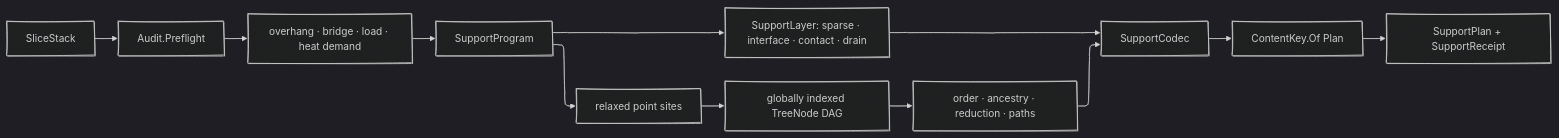
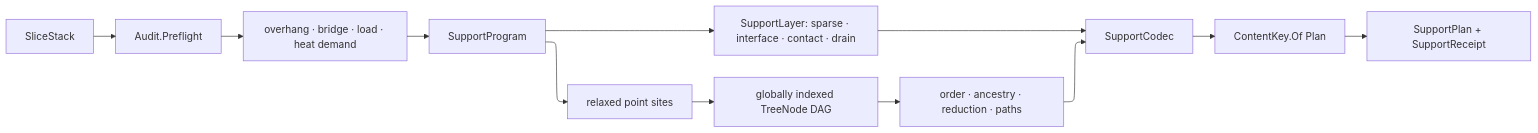
One commit to bsamiee/Rasm changed the diagram in libs/csharp/Rasm.Fabrication/.planning/Additive/support.md. Above: the diagram before and after it, drawn with Mermaid. The commit also changed 324 other files, not shown here.

````diff
--- a/libs/csharp/Rasm.Fabrication/.planning/Additive/support.md
+++ b/libs/csharp/Rasm.Fabrication/.planning/Additive/support.md
@@ -1227,20 +1227,18 @@
 ```mermaid
 ---
 config:
   layout: elk
-  look: handDrawn
-  theme: dark
 ---
 flowchart LR
     Stack["SliceStack"] --> Audit["Audit.Preflight"]
     Audit --> Demand["overhang · bridge · load · heat demand"]
     Demand --> Program["SupportProgram"]
     Program --> Planar["SupportLayer: sparse · interface · contact · drain"]
     Program --> Sites["relaxed point sites"]
     Sites --> Tree["globally indexed TreeNode DAG"]
     Tree --> Graph["order · ancestry · reduction · paths"]
     Planar --> Codec["SupportCodec"]
     Graph --> Codec
     Codec --> Key["ContentKey.Of Plan"]
     Key --> Plan["SupportPlan + SupportReceipt"]
 ```
````
